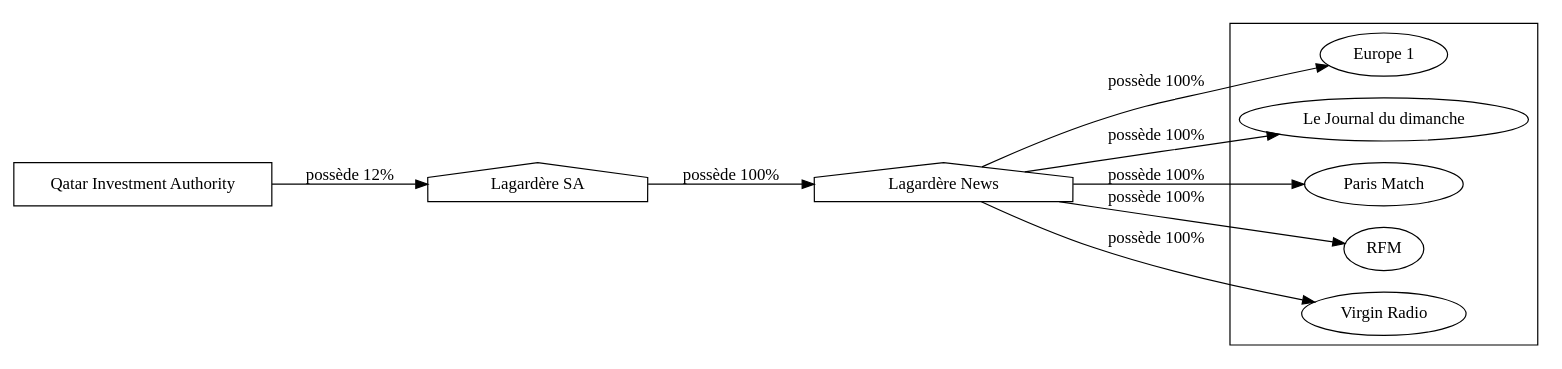
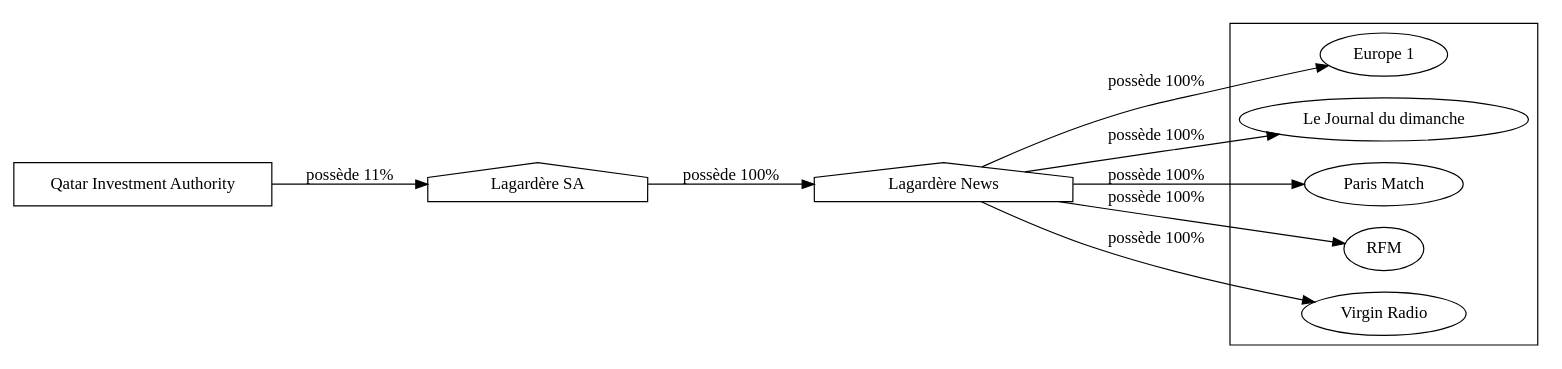
One commit to adipasquale/medias-wiki changed the diagram in 11ty_input/assets/qatar-investment-authority-68-relations-graph.dot. Above: the diagram before and after it, drawn with Graphviz. The commit also changed 304 other files, not shown here.

```diff
--- a/11ty_input/assets/qatar-investment-authority-68-relations-graph.dot
+++ b/11ty_input/assets/qatar-investment-authority-68-relations-graph.dot
@@ -1,58 +1,58 @@
 digraph {
   rankdir=LR;
   subgraph roots {
     
       "qatar-investment-authority-68"[label="Qatar Investment Authority" shape=box]
     
   }
 
   
     "lagardere-sa-69"[label="Lagardère SA" shape=house]
   
     "lagardere-news-70"[label="Lagardère News" shape=house]
   
 
   subgraph clusterLeaves {
     
       "europe-1-74"[label="Europe 1"]
     
       "le-journal-du-dimanche-71"[label="Le Journal du dimanche"]
     
       "paris-match-72"[label="Paris Match"]
     
       "rfm-75"[label="RFM"]
     
       "virgin-radio-76"[label="Virgin Radio"]
     
   }
 
   
     "qatar-investment-authority-68" -> "lagardere-sa-69" [
-      label="possède 12%"
+      label="possède 11%"
     ]
   
     "lagardere-sa-69" -> "lagardere-news-70" [
       label="possède 100%"
     ]
   
     "lagardere-news-70" -> "europe-1-74" [
       label="possède 100%"
     ]
   
     "lagardere-news-70" -> "le-journal-du-dimanche-71" [
       label="possède 100%"
     ]
   
     "lagardere-news-70" -> "paris-match-72" [
       label="possède 100%"
     ]
   
     "lagardere-news-70" -> "rfm-75" [
       label="possède 100%"
     ]
   
     "lagardere-news-70" -> "virgin-radio-76" [
       label="possède 100%"
     ]
   
 }
```
